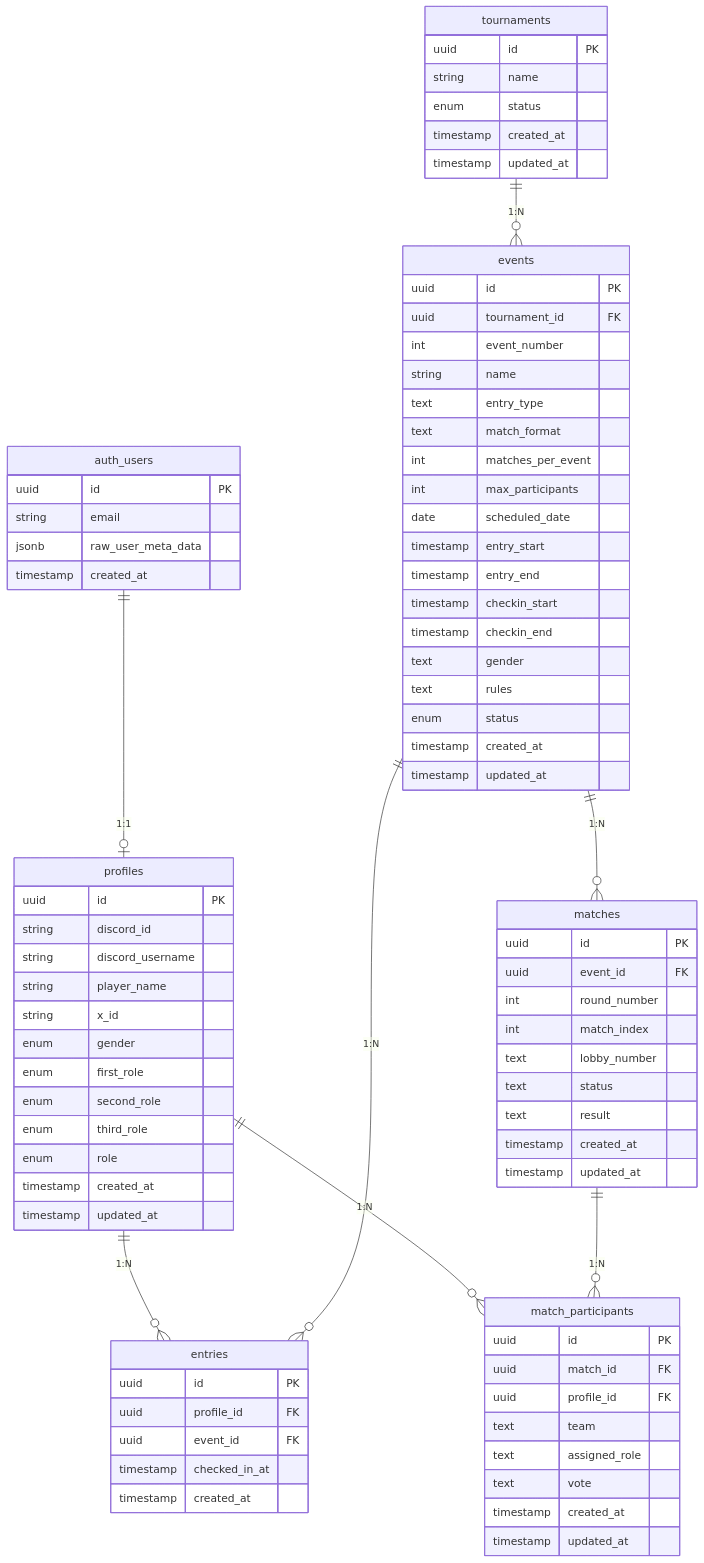
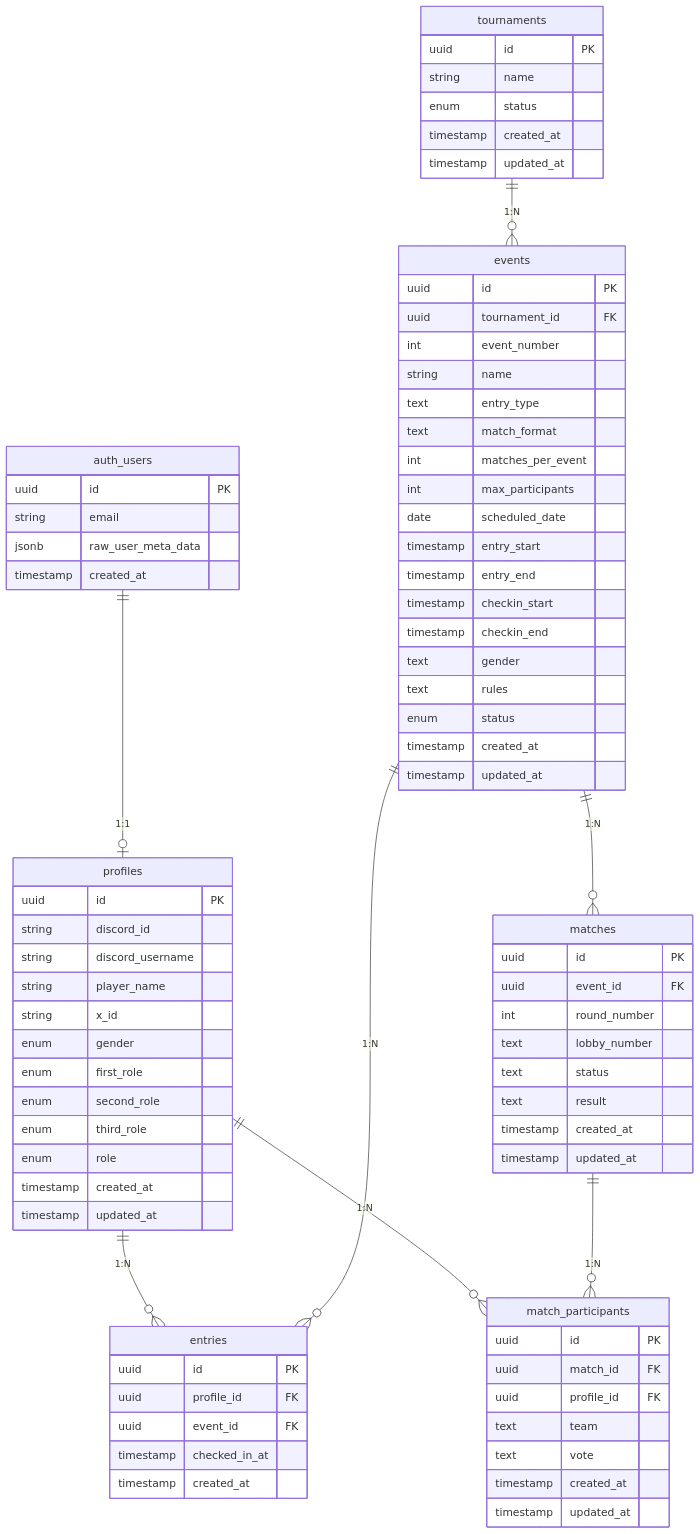
Before and after one commit to juv-shun/JiroRimi: the diagram in docs/database_design.md, drawn with Mermaid. The commit also changed other lines of this file, not shown here.

First line of the commit message:
docs: Phase 2 DB設計を追加（matches, match_participants）

```diff
--- a/docs/database_design.md
+++ b/docs/database_design.md
@@ -79,7 +79,6 @@
         uuid id PK
         uuid event_id FK
         int round_number
-        int match_index
         text lobby_number
         text status
         text result
@@ -92,7 +91,6 @@
         uuid match_id FK
         uuid profile_id FK
         text team
-        text assigned_role
         text vote
         timestamp created_at
         timestamp updated_at
```
